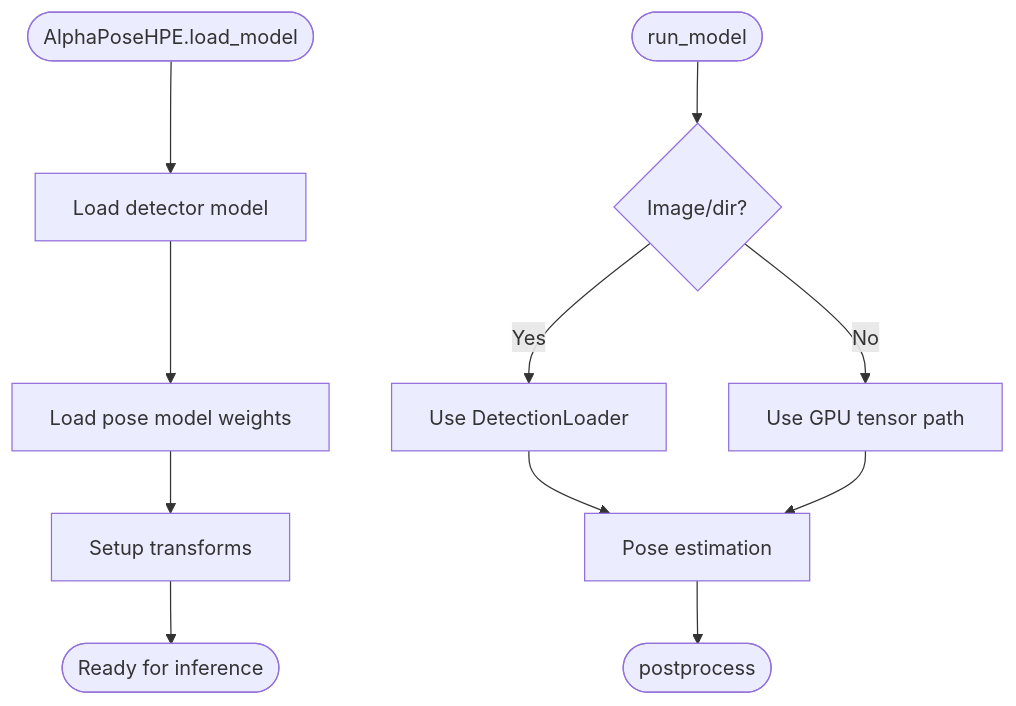
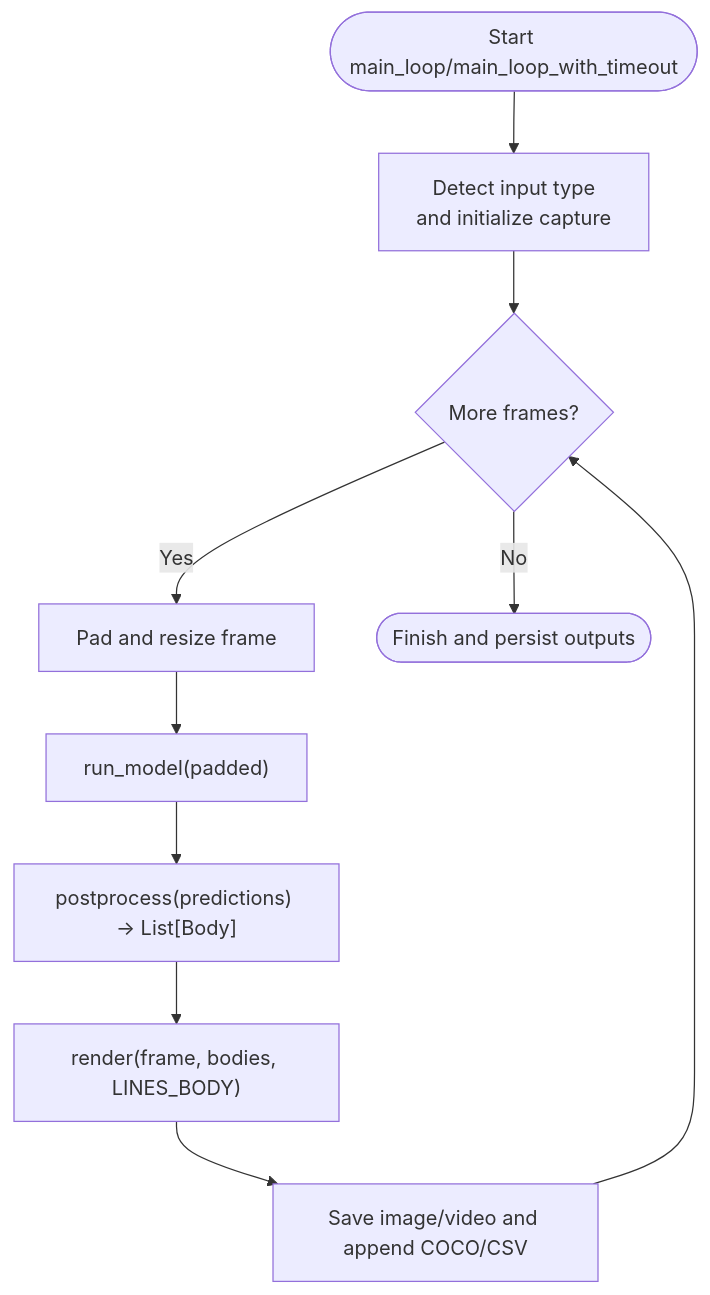
One commit to Fogus-Gr/MeasurementsDTs changed the fifth of 10 diagrams in .qoder/repowiki/en/content/Core Architecture/Core Architecture.md. Above: the diagram before and after it, drawn with Mermaid. The commit also changed other lines of this file and 158 other files, not shown here.

````diff
--- a/.qoder/repowiki/en/content/Core Architecture/Core Architecture.md
+++ b/.qoder/repowiki/en/content/Core Architecture/Core Architecture.md
@@ -354,13 +222,12 @@
 ```mermaid
 flowchart TD
-AP_Start([AlphaPoseHPE.load_model]) --> LoadDet["Load detector model"]
-LoadDet --> LoadPose["Load pose model weights"]
-LoadPose --> SetupTrans["Setup transforms"]
-SetupTrans --> AP_End([Ready for inference])
-AP_Run([run_model]) --> DetPath{"Image/dir?"}
-DetPath --> |Yes| UseDetLoader["Use DetectionLoader"]
-DetPath --> |No| GPUPath["Use GPU tensor path"]
-UseDetLoader --> PoseEst["Pose estimation"]
-GPUPath --> PoseEst
-PoseEst --> AP_Post([postprocess])
+Start(["Start main_loop/main_loop_with_timeout"]) --> Detect["Detect input type<br/>and initialize capture"]
+Detect --> Loop{"More frames?"}
+Loop --> |Yes| Pre["Pad and resize frame"]
+Pre --> Infer["run_model(padded)"]
+Infer --> Post["postprocess(predictions) -> List[Body]"]
+Post --> Render["render(frame, bodies, LINES_BODY)"]
+Render --> Save["Save image/video and append COCO/CSV"]
+Save --> Loop
+Loop --> |No| Finish(["Finish and persist outputs"])
 ```
````
